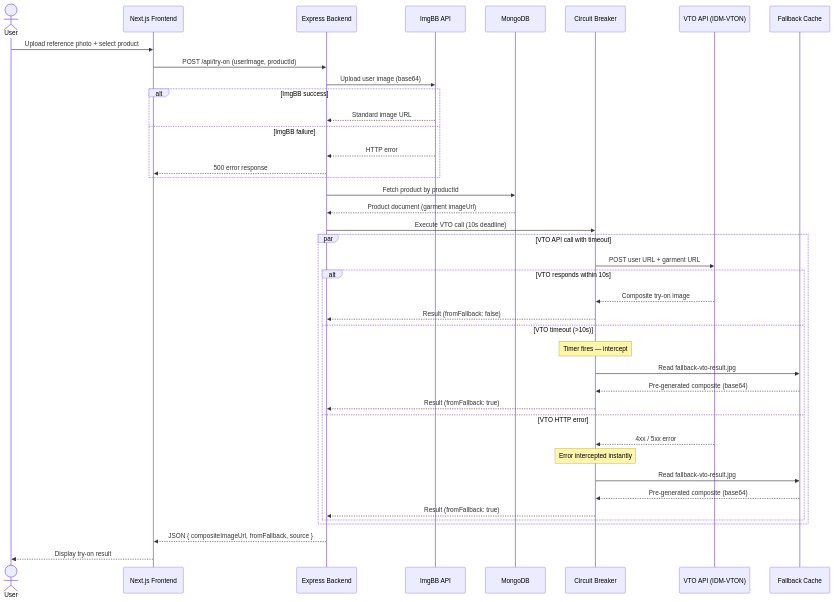
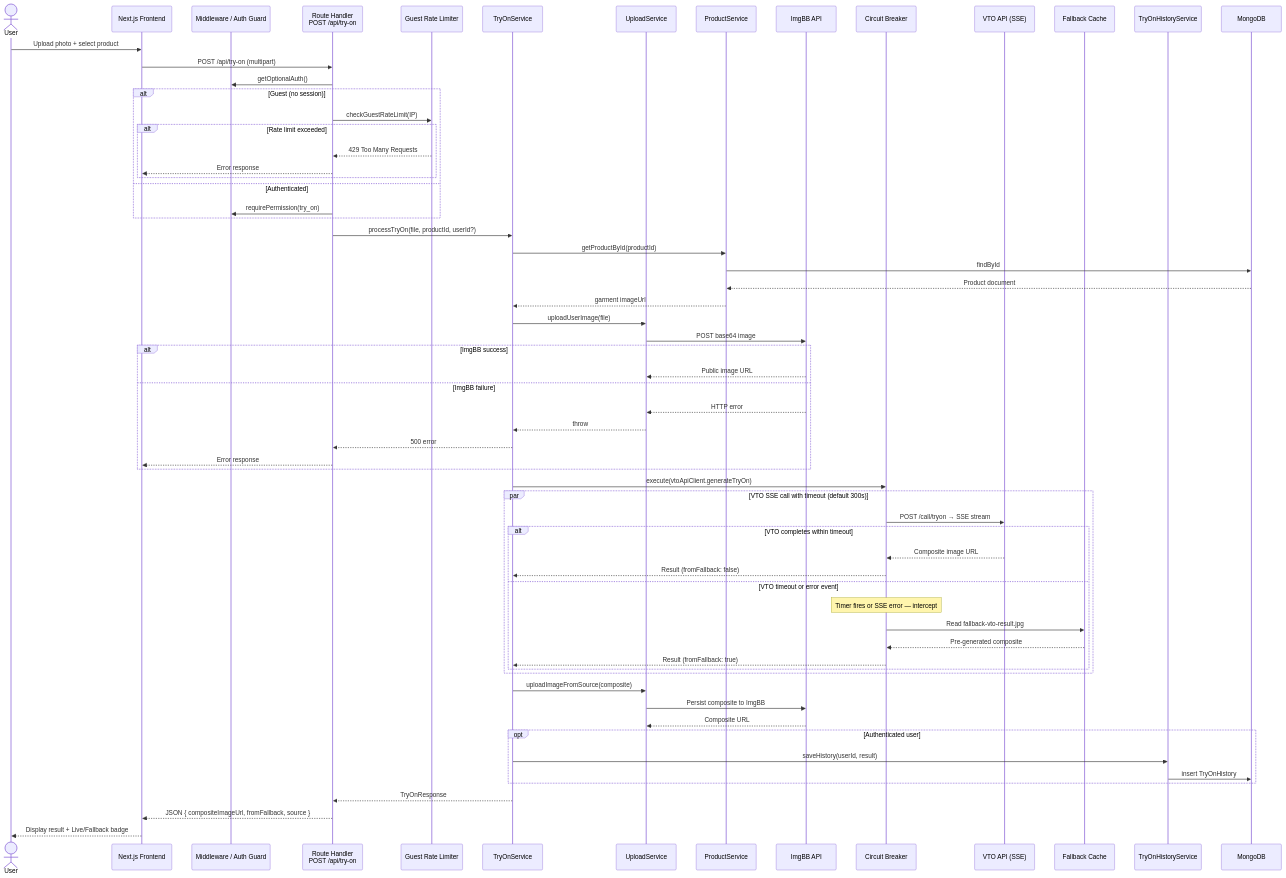
One commit to bijoy-chandra-roy/try-me changed the diagram in docs/diagrams/sequence-diagram.md. Above: the diagram before and after it, drawn with Mermaid. The commit also changed other lines of this file and 10 other files, not shown here.

First line of the commit message:
Update documentation and diagrams for enhanced clarity and structure

````diff
--- a/docs/diagrams/sequence-diagram.md
+++ b/docs/diagrams/sequence-diagram.md
@@ -5,49 +5,77 @@
 ```mermaid
 sequenceDiagram
     actor User
     participant FE as Next.js Frontend
-    participant BE as Express Backend
+    participant MW as Middleware / Auth Guard
+    participant RH as Route Handler<br/>POST /api/try-on
+    participant RL as Guest Rate Limiter
+    participant TryOn as TryOnService
+    participant Upload as UploadService
+    participant Product as ProductService
     participant ImgBB as ImgBB API
+    participant CB as Circuit Breaker
+    participant VTO as VTO API (SSE)
+    participant Cache as Fallback Cache
+    participant Hist as TryOnHistoryService
     participant DB as MongoDB
-    participant CB as Circuit Breaker
-    participant VTO as VTO API (IDM-VTON)
-    participant Cache as Fallback Cache
 
-    User->>FE: Upload reference photo + select product
-    FE->>BE: POST /api/try-on (userImage, productId)
+    User->>FE: Upload photo + select product
+    FE->>RH: POST /api/try-on (multipart)
 
-    BE->>ImgBB: Upload user image (base64)
-    alt ImgBB success
-        ImgBB-->>BE: Standard image URL
-    else ImgBB failure
-        ImgBB-->>BE: HTTP error
-        BE-->>FE: 500 error response
+    RH->>MW: getOptionalAuth()
+    alt Guest (no session)
+        RH->>RL: checkGuestRateLimit(IP)
+        alt Rate limit exceeded
+            RL-->>RH: 429 Too Many Requests
+            RH-->>FE: Error response
+        end
+    else Authenticated
+        RH->>MW: requirePermission(try_on)
     end
 
-    BE->>DB: Fetch product by productId
-    DB-->>BE: Product document (garment imageUrl)
+    RH->>TryOn: processTryOn(file, productId, userId?)
 
-    BE->>CB: Execute VTO call (10s deadline)
+    TryOn->>Product: getProductById(productId)
+    Product->>DB: findById
+    DB-->>Product: Product document
+    Product-->>TryOn: garment imageUrl
 
-    par VTO API call with timeout
-        CB->>VTO: POST user URL + garment URL
-        alt VTO responds within 10s
-            VTO-->>CB: Composite try-on image
-            CB-->>BE: Result (fromFallback: false)
-        else VTO timeout (>10s)
-            Note over CB: Timer fires — intercept
+    TryOn->>Upload: uploadUserImage(file)
+    Upload->>ImgBB: POST base64 image
+    alt ImgBB success
+        ImgBB-->>Upload: Public image URL
+    else ImgBB failure
+        ImgBB-->>Upload: HTTP error
+        Upload-->>TryOn: throw
+        TryOn-->>RH: 500 error
+        RH-->>FE: Error response
+    end
+
+    TryOn->>CB: execute(vtoApiClient.generateTryOn)
+
+    par VTO SSE call with timeout (default 300s)
+        CB->>VTO: POST /call/tryon → SSE stream
+        alt VTO completes within timeout
+            VTO-->>CB: Composite image URL
+            CB-->>TryOn: Result (fromFallback: false)
+        else VTO timeout or error event
+            Note over CB: Timer fires or SSE error — intercept
             CB->>Cache: Read fallback-vto-result.jpg
-            Cache-->>CB: Pre-generated composite (base64)
-            CB-->>BE: Result (fromFallback: true)
-        else VTO HTTP error
-            VTO-->>CB: 4xx / 5xx error
-            Note over CB: Error intercepted instantly
-            CB->>Cache: Read fallback-vto-result.jpg
-            Cache-->>CB: Pre-generated composite (base64)
-            CB-->>BE: Result (fromFallback: true)
+            Cache-->>CB: Pre-generated composite
+            CB-->>TryOn: Result (fromFallback: true)
         end
     end
 
-    BE-->>FE: JSON { compositeImageUrl, fromFallback, source }
-    FE-->>User: Display try-on result
+    TryOn->>Upload: uploadImageFromSource(composite)
+    Upload->>ImgBB: Persist composite to ImgBB
+    ImgBB-->>Upload: Composite URL
+
+    opt Authenticated user
+        TryOn->>Hist: saveHistory(userId, result)
+        Hist->>DB: insert TryOnHistory
+    end
+
+    TryOn-->>RH: TryOnResponse
+    RH-->>FE: JSON { compositeImageUrl, fromFallback, source }
+    FE-->>User: Display result + Live/Fallback badge
 ```
````
